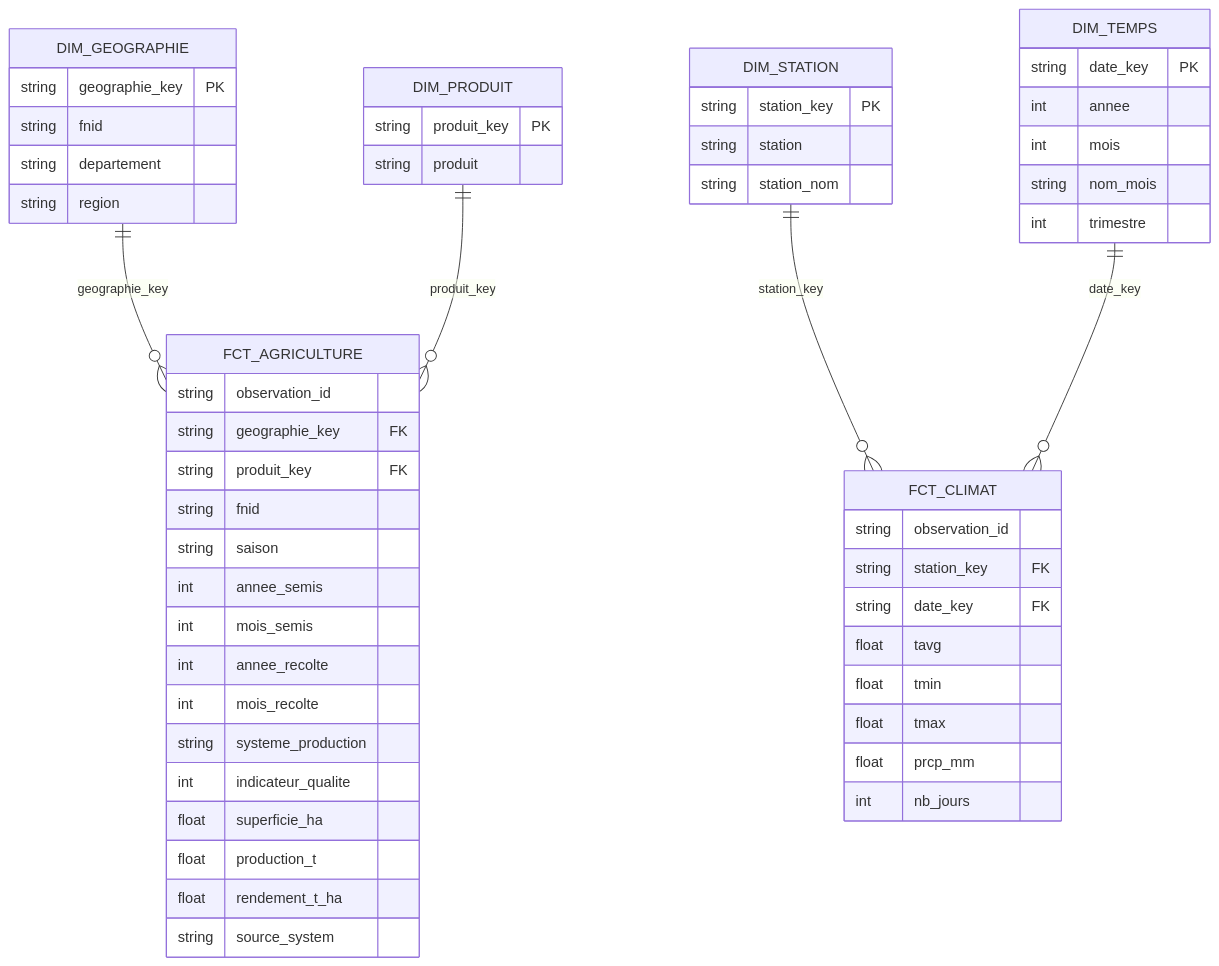
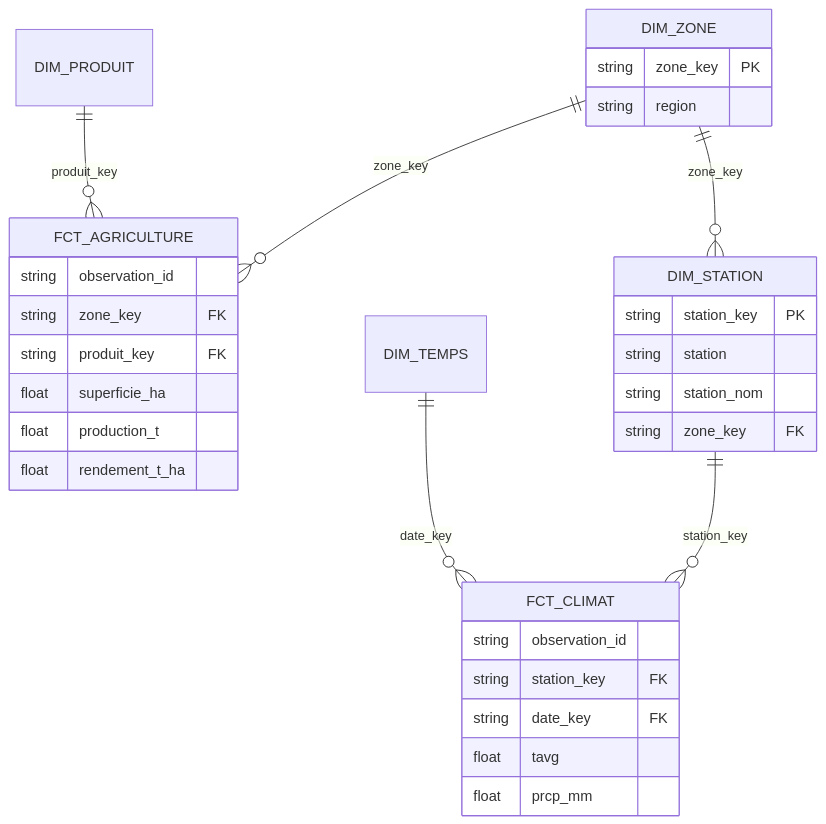
One commit to abdoudjigo/assaman-suuf changed the sixth of 9 diagrams in dbt_project/README_dbt_staging.md. Above: the diagram before and after it, drawn with Mermaid. The commit also changed other lines of this file, not shown here.

````diff
--- a/dbt_project/README_dbt_staging.md
+++ b/dbt_project/README_dbt_staging.md
@@ -321,57 +222,34 @@
 ```mermaid
 erDiagram
-    DIM_GEOGRAPHIE ||--o{ FCT_AGRICULTURE : geographie_key
+    DIM_ZONE ||--o{ FCT_AGRICULTURE : zone_key
     DIM_PRODUIT ||--o{ FCT_AGRICULTURE : produit_key
+    DIM_ZONE ||--o{ DIM_STATION : zone_key
     DIM_STATION ||--o{ FCT_CLIMAT : station_key
     DIM_TEMPS ||--o{ FCT_CLIMAT : date_key
 
-    DIM_GEOGRAPHIE {
-        string geographie_key PK
-        string fnid
-        string departement
+    DIM_ZONE {
+        string zone_key PK
         string region
-    }
-    DIM_PRODUIT {
-        string produit_key PK
-        string produit
-    }
-    DIM_TEMPS {
-        string date_key PK
-        int annee
-        int mois
-        string nom_mois
-        int trimestre
     }
     DIM_STATION {
         string station_key PK
         string station
         string station_nom
+        string zone_key FK
     }
     FCT_AGRICULTURE {
         string observation_id
-        string geographie_key FK
+        string zone_key FK
         string produit_key FK
-        string fnid
-        string saison
-        int annee_semis
-        int mois_semis
-        int annee_recolte
-        int mois_recolte
-        string systeme_production
-        int indicateur_qualite
         float superficie_ha
         float production_t
         float rendement_t_ha
-        string source_system
     }
     FCT_CLIMAT {
         string observation_id
         string station_key FK
         string date_key FK
         float tavg
-        float tmin
-        float tmax
         float prcp_mm
-        int nb_jours
     }
 ```
````
